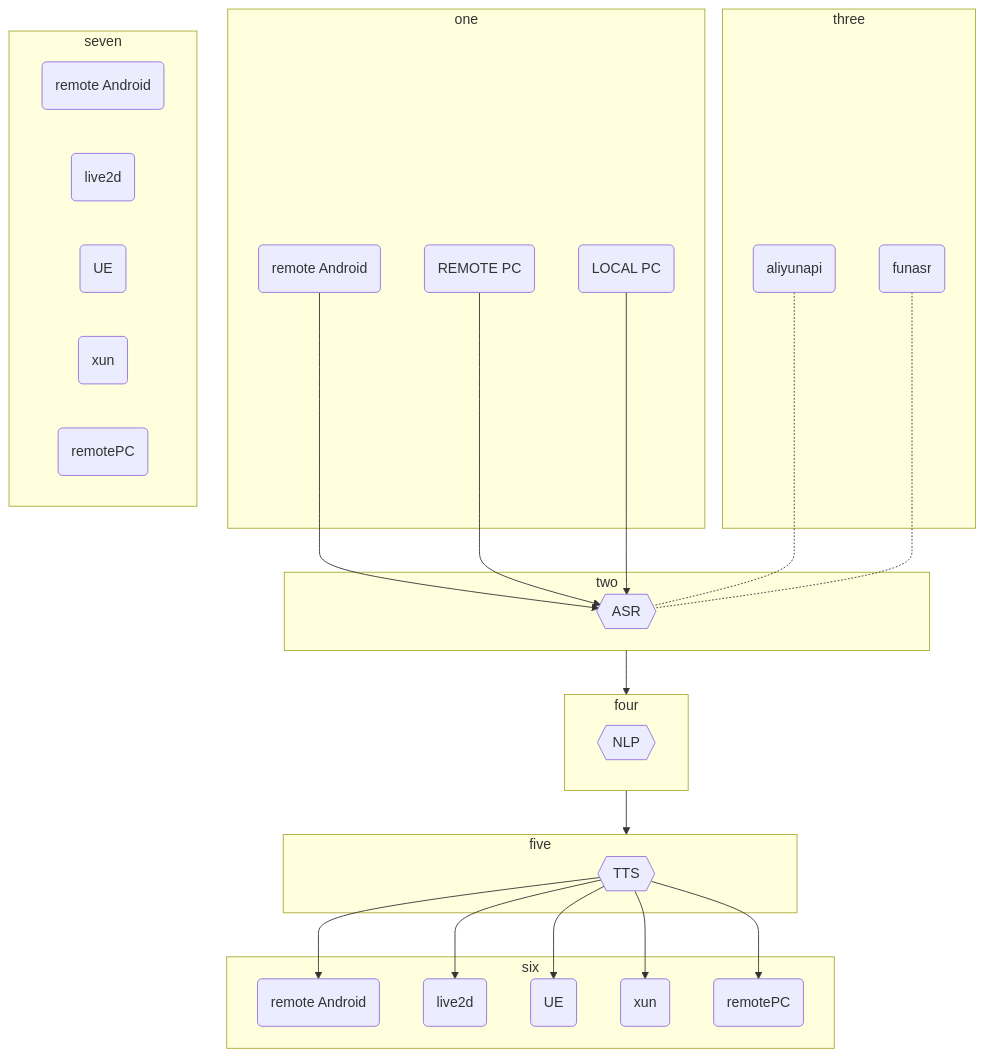
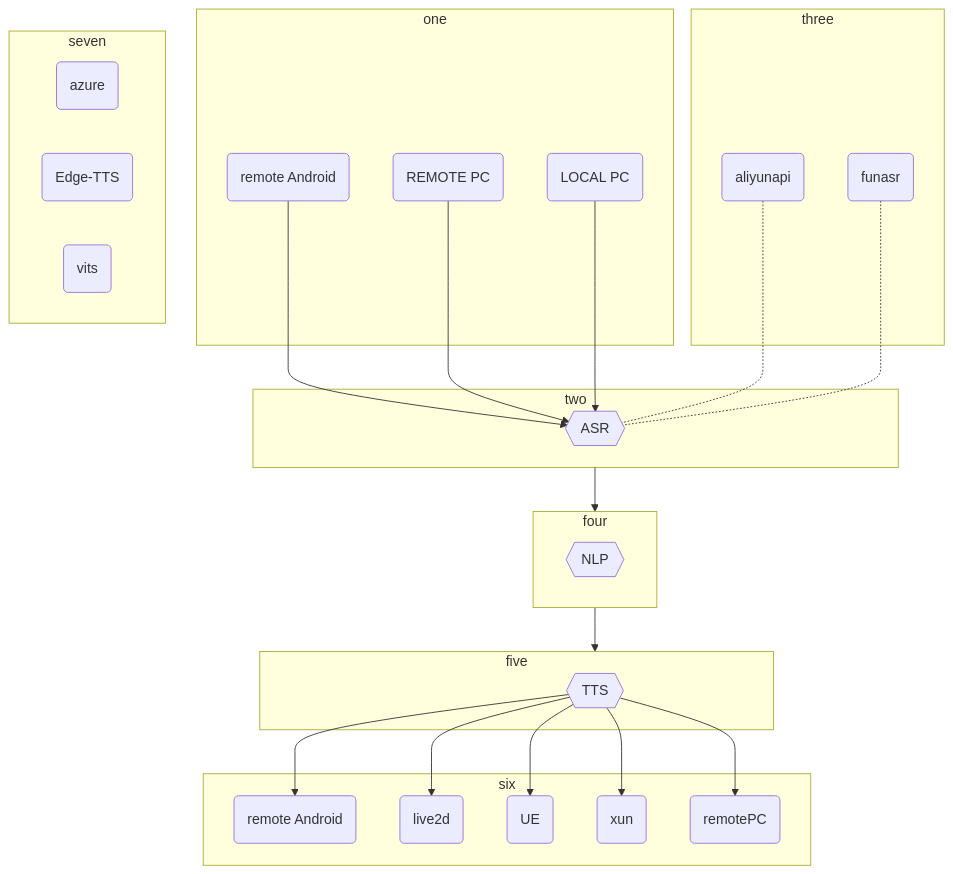
Before and after one commit to Luckyyaheen/testmd: the diagram in README.md, drawn with Mermaid.

````diff
--- a/README.md
+++ b/README.md
@@ -2,62 +2,61 @@
 ```mermaid
 flowchart TB
 
     aa-->asr
     cc-->asr
     bb-->asr
 
     aliyun-.-asr
     funasr-.-asr
 
     tts-->sixa
     tts-->sixb
     tts-->sixc
     tts-->sixd
     tts-->sixe
 
     subgraph one
     aa("remote Android")
     cc("REMOTE PC")
     bb("LOCAL PC")
     end
 
     subgraph two
     asr{{"ASR"}}
     end
 
     subgraph three
     aliyun("aliyunapi")
     funasr("funasr")  
     end
 
     subgraph four
     nlp{{"NLP"}}
     end
 
     subgraph five
     tts{{"TTS"}}
     end
 
 
     subgraph six
     sixa("remote Android")
     sixb("live2d")
     sixc("UE")
     sixd("xun")
     sixe("remotePC")
     end
 
 
     subgraph seven
-    1sixa("remote Android")
-    1sixb("live2d")
-    1sixc("UE")
-    1sixd("xun")
-    1sixe("remotePC")
+    seven_az("azure")
+    seven_edg("Edge-TTS")
+    seven_vi("vits")
+ 
     end
 
     two --> four
     four --> five
 
 
 ```
````
